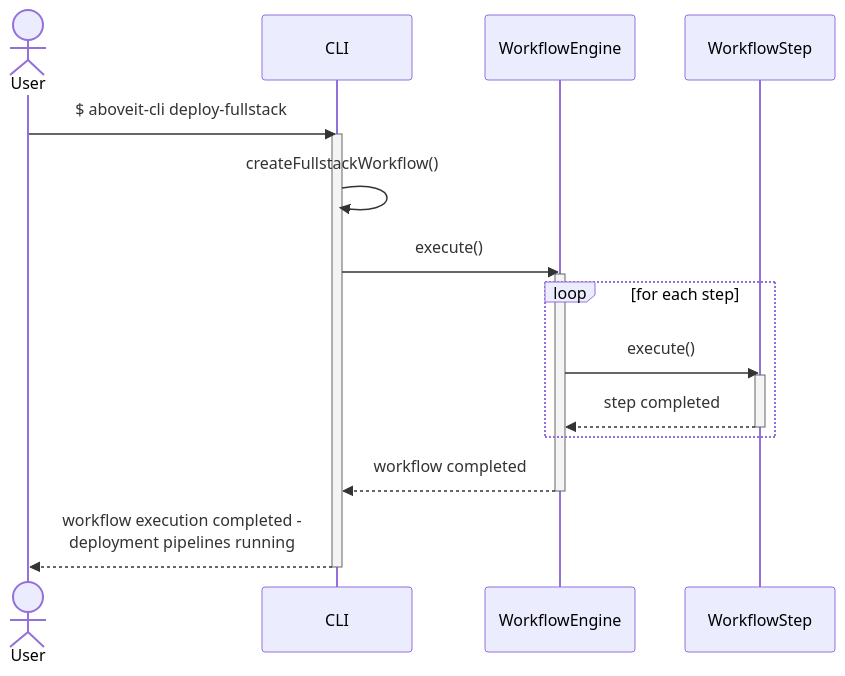
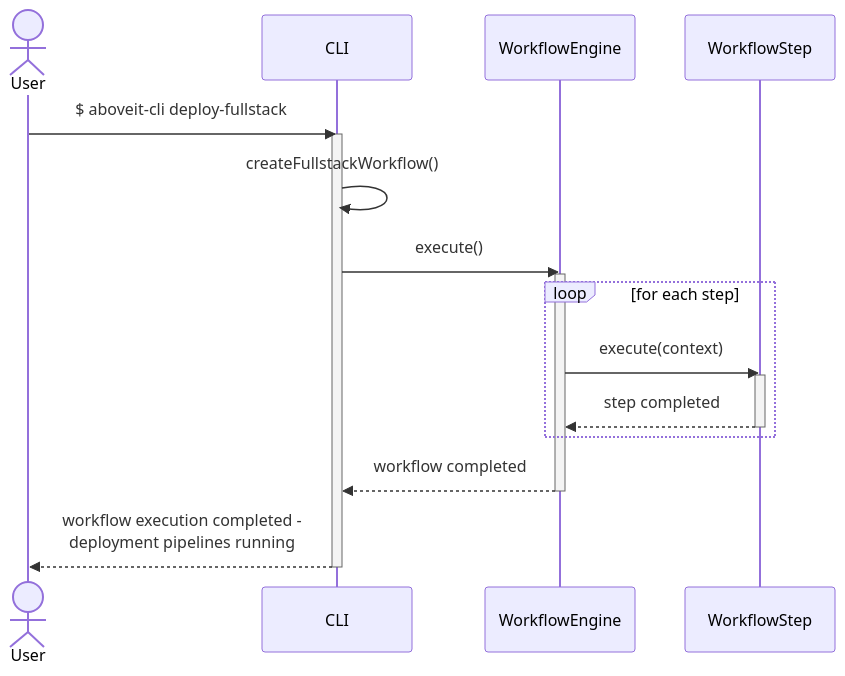
One commit to oscarmarcussen/master_diagram changed the diagram in sequence_diagrams/00_highLevelOverview.mmd. Above: the diagram before and after it, drawn with Mermaid. The commit also changed 4 other files, not shown here.

Commit message:
update diagrams

```diff
--- a/sequence_diagrams/00_highLevelOverview.mmd
+++ b/sequence_diagrams/00_highLevelOverview.mmd
@@ -1,27 +1,27 @@
 ---
 config:
   theme: default
   look: classic
 ---
 sequenceDiagram
     actor User
     participant CLI
     participant WE as WorkflowEngine
     participant WS as WorkflowStep
     
     User->>CLI: $ aboveit-cli deploy-fullstack
     activate CLI
     CLI->>CLI: createFullstackWorkflow()
     CLI->>WE: execute()
     activate WE
 
     loop for each step
-        WE->>WS: execute()
+        WE->>WS: execute(context)
         activate WS
         WS-->>WE: step completed
         deactivate WS
     end
     WE-->>CLI: workflow completed
     deactivate WE
     CLI-->>User: workflow execution completed -<br>deployment pipelines running
     deactivate CLI
```
